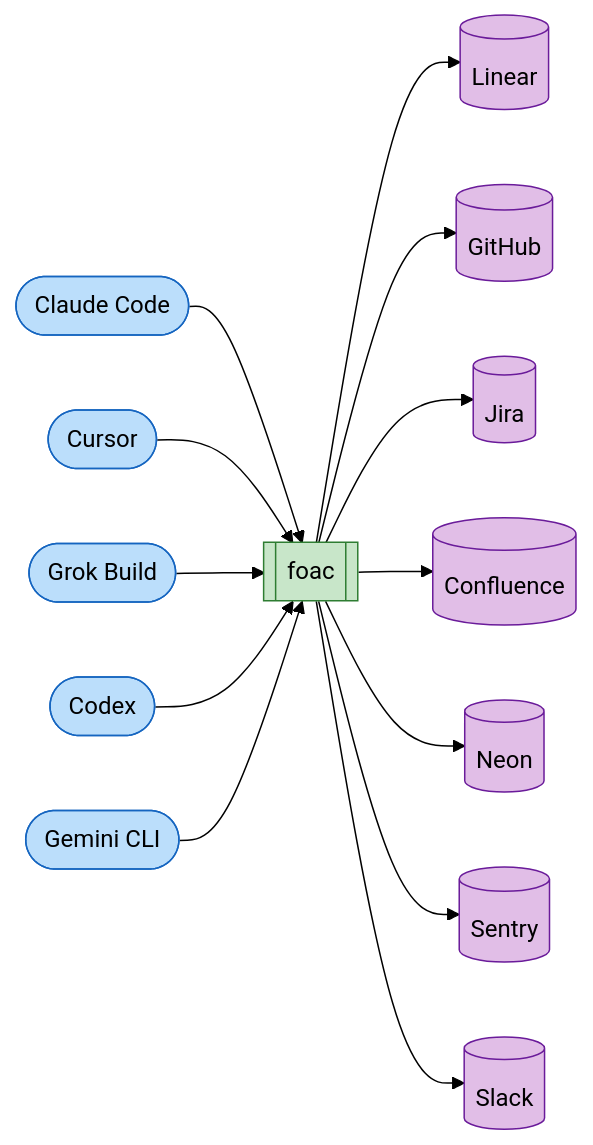
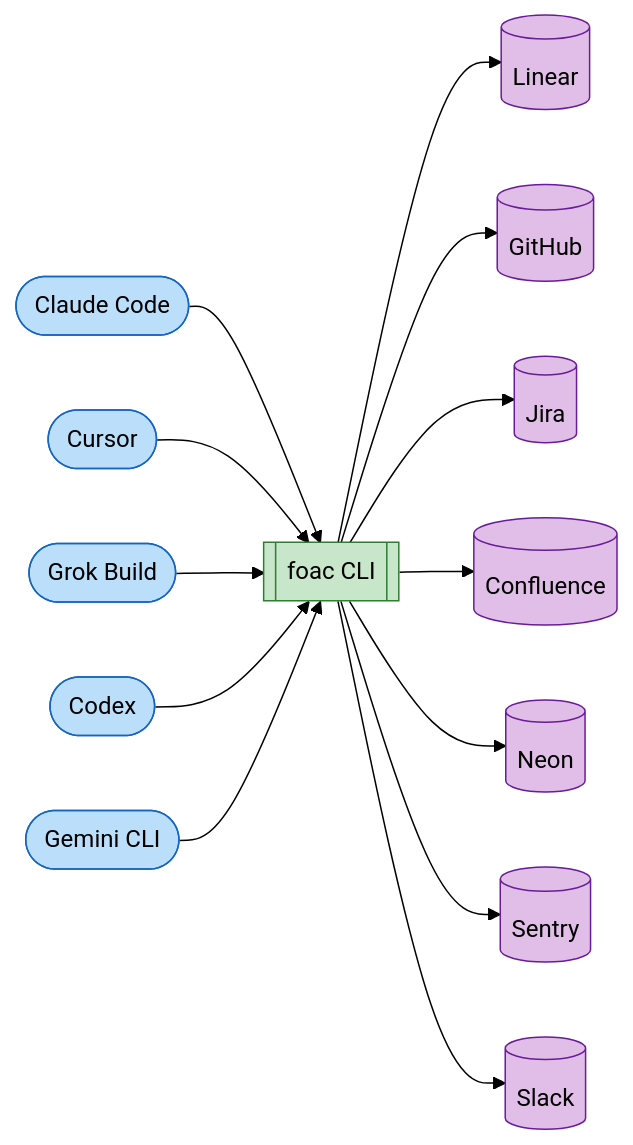
One commit to alephic-ai/foac changed the second of 2 diagrams in README.md. Above: the diagram before and after it, drawn with Mermaid (forest theme). The commit also changed other lines of this file, not shown here.

Commit message:
docs: show neonctl and foac as CLIs in the README diagrams

````diff
--- a/README.md
+++ b/README.md
@@ -50,15 +50,15 @@
 ```mermaid
 graph LR
     CC([Claude Code]) --> F
     CU([Cursor]) --> F
     GRK([Grok Build]) --> F
     CX([Codex]) --> F
-    GEM([Gemini CLI]) --> F[[foac]]
+    GEM([Gemini CLI]) --> F[[foac CLI]]
     F --> Linear[(Linear)] & GitHub[(GitHub)] & Jira[(Jira)] & Confluence[(Confluence)] & Neon[(Neon)] & Sentry[(Sentry)] & Slack[(Slack)]
     classDef harness fill:#bbdefb,stroke:#1565c0,color:#000
     classDef cli fill:#c8e6c9,stroke:#2e7d32,color:#000
     classDef provider fill:#e1bee7,stroke:#6a1b9a,color:#000
     class CC,CU,GRK,CX,GEM harness
     class F cli
     class Linear,GitHub,Jira,Confluence,Neon,Sentry,Slack provider
 ```
````
